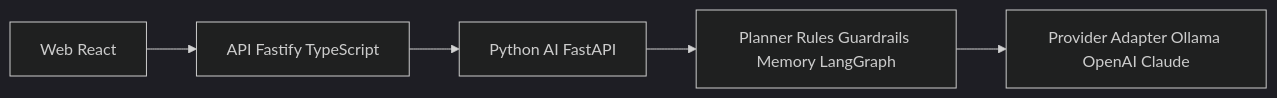
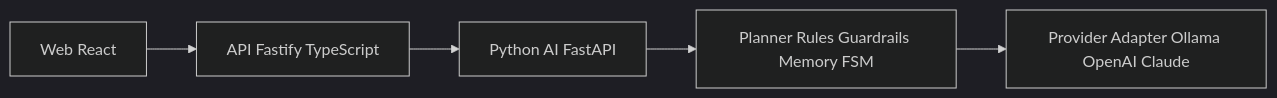
The first of 3 diagrams in README.md (rodrigolcschulz/schedule-ai), drawn with Mermaid (dark theme) before and after one commit. The commit also changed other lines of this file and 3 other files, not shown here.

Commit message:
feat(planner): enhance booking flow with availability checks and internal FSM updates

````diff
--- a/README.md
+++ b/README.md
@@ -30,7 +30,7 @@
 ```mermaid
 flowchart LR
     W[Web React] --> A[API Fastify TypeScript]
     A --> P[Python AI FastAPI]
-    P --> C[Planner Rules Guardrails Memory LangGraph]
+    P --> C[Planner Rules Guardrails Memory FSM]
     C --> L[Provider Adapter Ollama OpenAI Claude]
 ```
````
